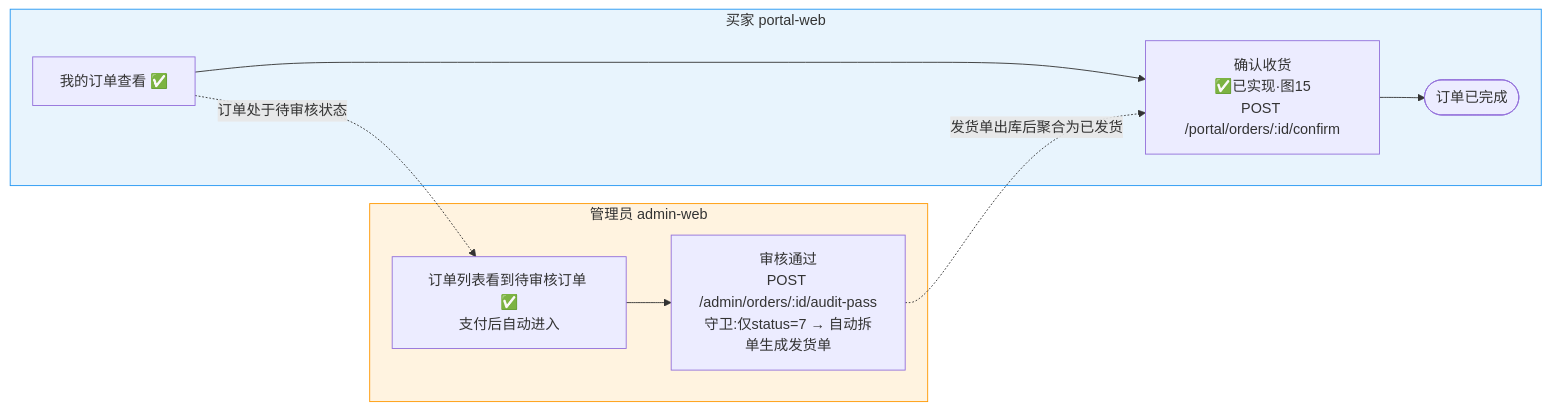
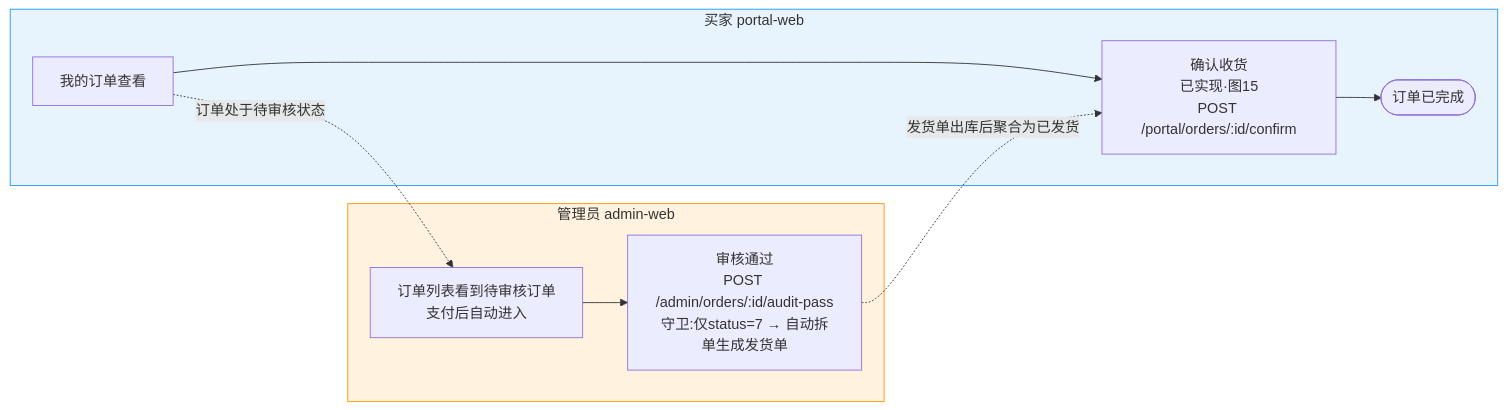
Before and after one commit to zzy-repo/qiqi-mall: the diagram in docs/flows/02-业务场景/5-场景3-订单履约.mmd, drawn with Mermaid. The commit also changed 40 other files, not shown here.

Commit message:
docs: 图集按系统当前状态整理——删除全部md与快照性图(问题图/修复方案/改造前),清除实现状态标注,ER重编为1~4,flows六目录定稿

```diff
--- a/docs/flows/02-业务场景/5-场景3-订单履约.mmd
+++ b/docs/flows/02-业务场景/5-场景3-订单履约.mmd
@@ -1,12 +1,12 @@
 flowchart LR
     subgraph Buyer[买家 portal-web]
-        B1[我的订单查看 ✅] --> B2[确认收货<br/>✅已实现·图15<br/>POST /portal/orders/:id/confirm]
+        B1[我的订单查看] --> B2[确认收货<br/>已实现·图15<br/>POST /portal/orders/:id/confirm]
         B2 --> Done3([订单已完成])
     end
     subgraph Admin[管理员 admin-web]
-        A1[订单列表看到待审核订单 ✅<br/>支付后自动进入] --> A2[审核通过<br/>POST /admin/orders/:id/audit-pass<br/>守卫:仅status=7 → 自动拆单生成发货单]
+        A1[订单列表看到待审核订单<br/>支付后自动进入] --> A2[审核通过<br/>POST /admin/orders/:id/audit-pass<br/>守卫:仅status=7 → 自动拆单生成发货单]
     end
     B1 -.订单处于待审核状态.-> A1
     A2 -.发货单出库后聚合为已发货.-> B2
     style Admin fill:#fff3e0,stroke:#ff9800
     style Buyer fill:#e8f4fd,stroke:#2196f3
```
